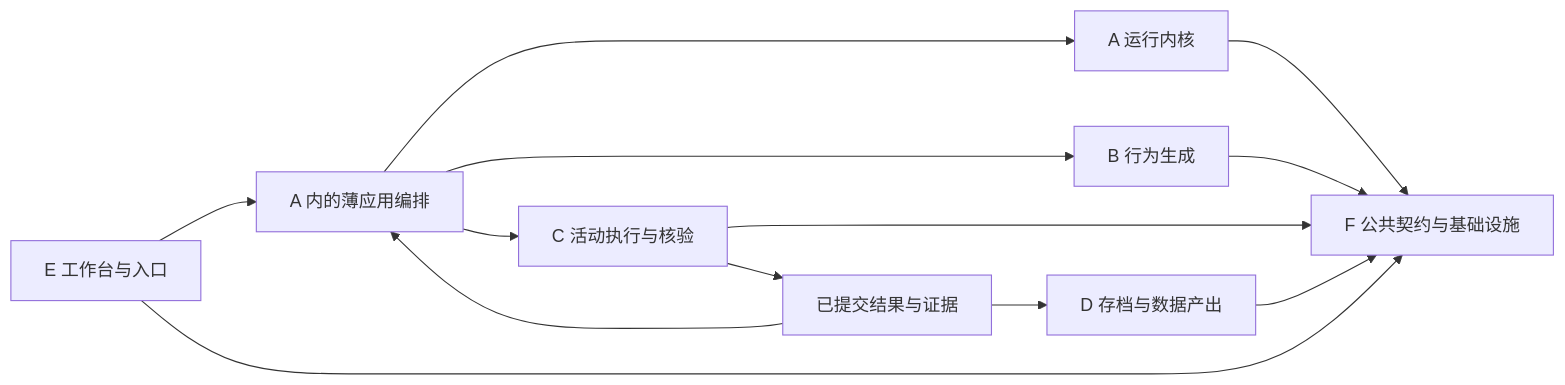
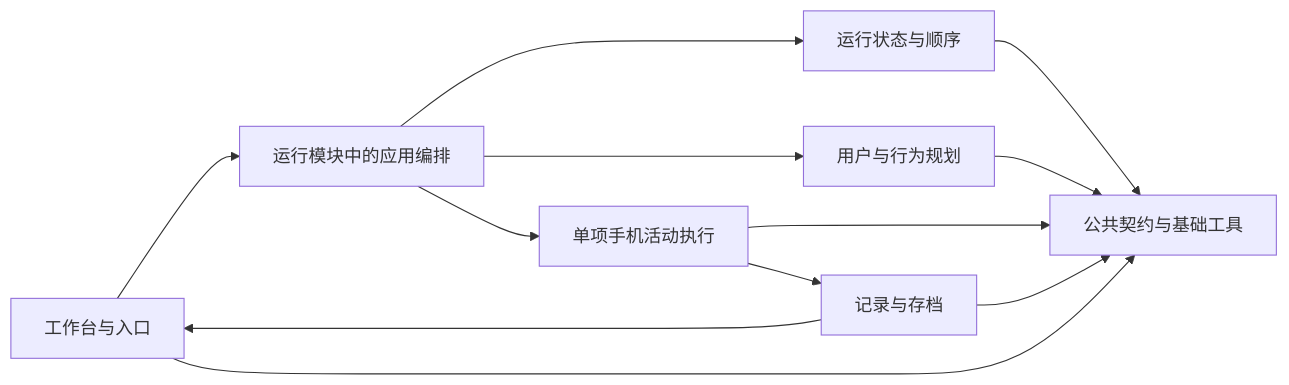
The diagram in docs/COLLABORATION_MODULES.md (rexyangqaq-a11y/BehaviorLab), drawn with Mermaid before and after one commit. The commit also changed other lines of this file and 4 other files, not shown here.

````diff
--- a/docs/COLLABORATION_MODULES.md
+++ b/docs/COLLABORATION_MODULES.md
@@ -20,15 +43,14 @@
 ```mermaid
 flowchart LR
-    E[E 工作台与入口] --> APP[A 内的薄应用编排]
-    APP --> A[A 运行内核]
-    APP --> B[B 行为生成]
-    APP --> C[C 活动执行与核验]
-    C --> FACT[已提交结果与证据]
-    FACT --> APP
-    FACT --> D[D 存档与数据产出]
-    A --> F[F 公共契约与基础设施]
+    E[工作台与入口] --> APP[运行模块中的应用编排]
+    APP --> A[运行状态与顺序]
+    APP --> B[用户与行为规划]
+    APP --> C[单项手机活动执行]
+    C --> D[记录与存档]
+    D --> E
+    A --> F[公共契约与基础工具]
     B --> F
     C --> F
     D --> F
     E --> F
 ```
````
